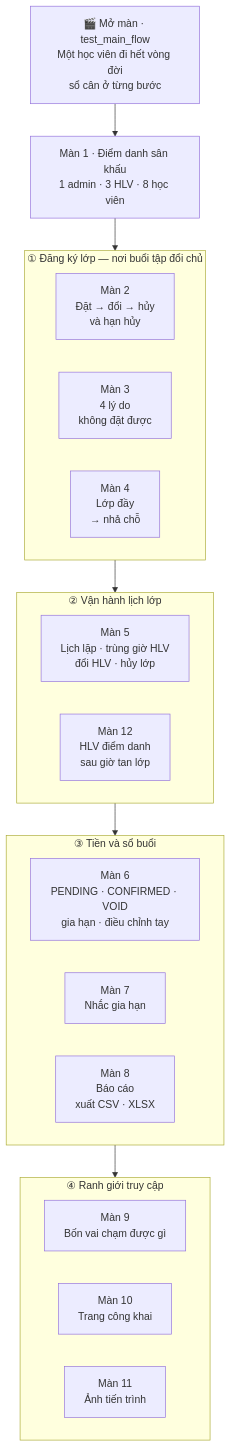
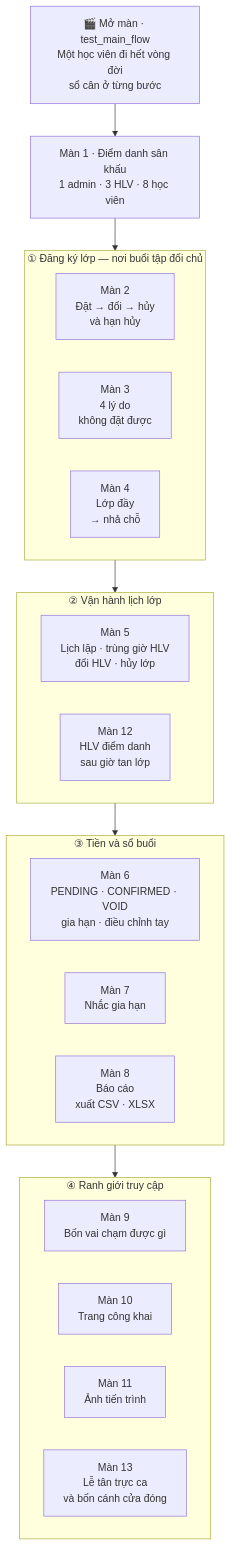
The first of 5 diagrams in plans/reports/qa-api-e2e-260914-1408-full-studio-scenario-report.md (HieuHD1012/Pilates), drawn with Mermaid before and after one commit. The commit also changed other lines of this file, not shown here.

````diff
--- a/plans/reports/qa-api-e2e-260914-1408-full-studio-scenario-report.md
+++ b/plans/reports/qa-api-e2e-260914-1408-full-studio-scenario-report.md
@@ -31,34 +32,35 @@
 ```mermaid
 flowchart TB
     M0["🎬 Mở màn · test_main_flow<br/>Một học viên đi hết vòng đời<br/>sổ cân ở từng bước"]
     M1["Màn 1 · Điểm danh sân khấu<br/>1 admin · 3 HLV · 8 học viên"]
 
     subgraph A ["① Đăng ký lớp — nơi buổi tập đổi chủ"]
         direction LR
         M2["Màn 2<br/>Đặt → đổi → hủy<br/>và hạn hủy"]
         M3["Màn 3<br/>4 lý do<br/>không đặt được"]
         M4["Màn 4<br/>Lớp đầy<br/>→ nhả chỗ"]
     end
 
     subgraph B ["② Vận hành lịch lớp"]
         direction LR
         M5["Màn 5<br/>Lịch lặp · trùng giờ HLV<br/>đổi HLV · hủy lớp"]
         M12["Màn 12<br/>HLV điểm danh<br/>sau giờ tan lớp"]
     end
 
     subgraph C ["③ Tiền và sổ buổi"]
         direction LR
         M6["Màn 6<br/>PENDING · CONFIRMED · VOID<br/>gia hạn · điều chỉnh tay"]
         M7["Màn 7<br/>Nhắc gia hạn"]
         M8["Màn 8<br/>Báo cáo<br/>xuất CSV · XLSX"]
     end
 
     subgraph D ["④ Ranh giới truy cập"]
         direction LR
         M9["Màn 9<br/>Bốn vai chạm được gì"]
         M10["Màn 10<br/>Trang công khai"]
         M11["Màn 11<br/>Ảnh tiến trình"]
+        M13["Màn 13<br/>Lễ tân trực ca<br/>và bốn cánh cửa đóng"]
     end
 
     M0 --> M1 --> A --> B --> C --> D
 ```
````
